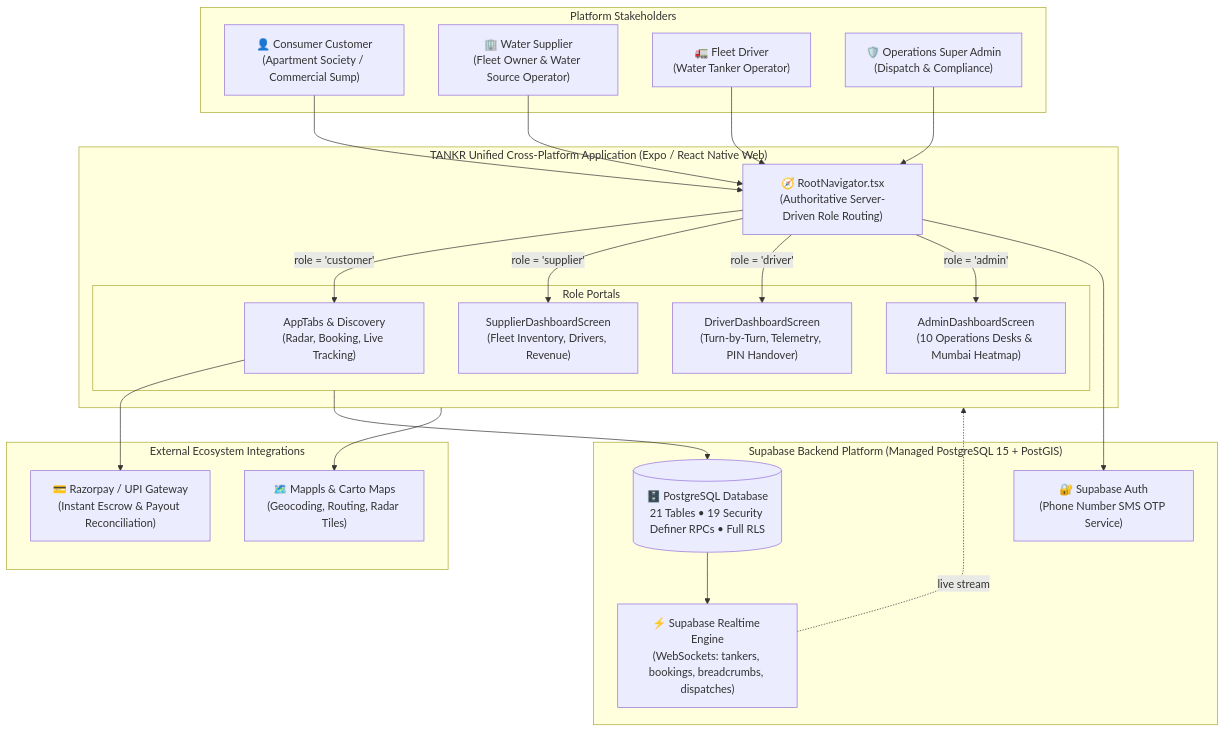
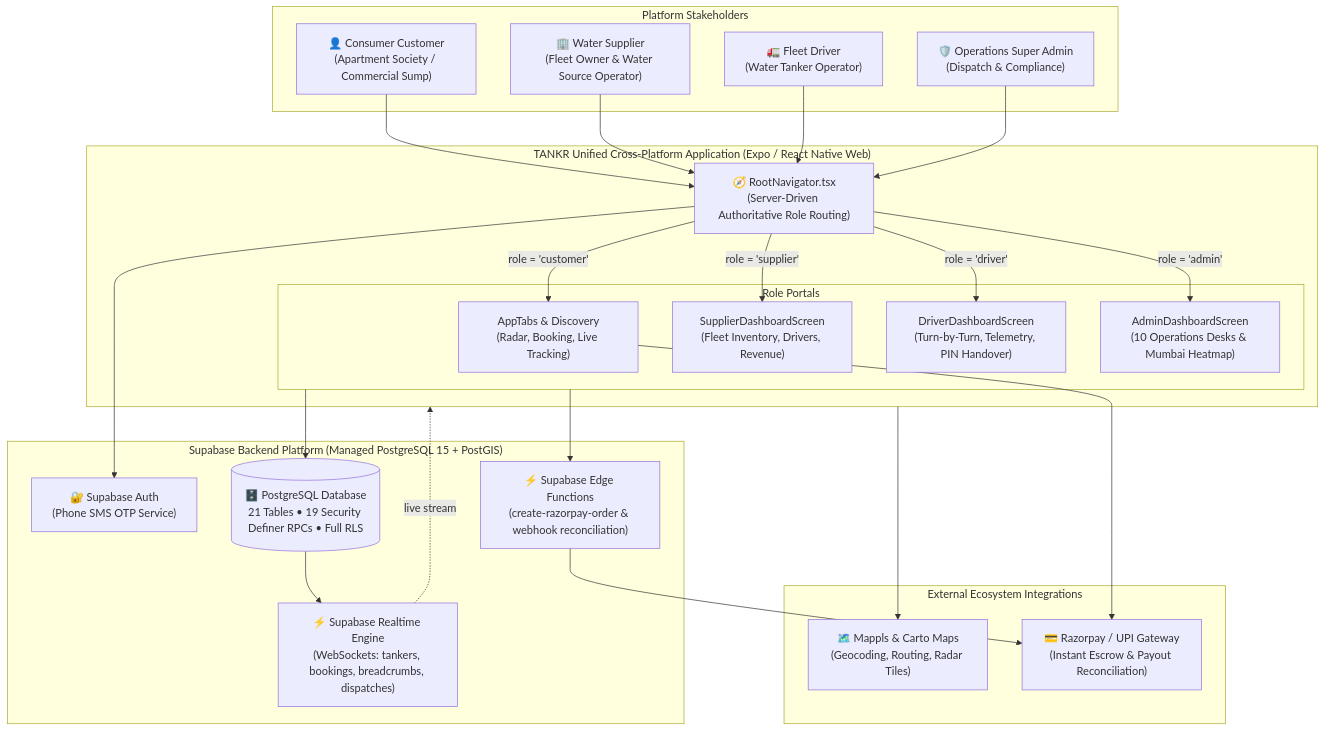
Before and after one commit to Coderaryanyadav/Tankr: the first of 5 diagrams in README.md, drawn with Mermaid. The commit also changed other lines of this file, not shown here.

Commit message:
docs: enrich README with complete 33-screen gallery and 5 technical architecture diagrams

````diff
--- a/README.md
+++ b/README.md
@@ -92,49 +108,52 @@
 ```mermaid
 graph TB
     subgraph Users["Platform Stakeholders"]
         Customer["👤 Consumer Customer<br>(Apartment Society / Commercial Sump)"]
         Supplier["🏢 Water Supplier<br>(Fleet Owner & Water Source Operator)"]
         Driver["🚛 Fleet Driver<br>(Water Tanker Operator)"]
         Admin["🛡️ Operations Super Admin<br>(Dispatch & Compliance)"]
     end
 
     subgraph Client["TANKR Unified Cross-Platform Application (Expo / React Native Web)"]
-        Nav["🧭 RootNavigator.tsx<br>(Authoritative Server-Driven Role Routing)"]
+        Nav["🧭 RootNavigator.tsx<br>(Server-Driven Authoritative Role Routing)"]
         
         subgraph Portals["Role Portals"]
             CustomerApp["AppTabs & Discovery<br>(Radar, Booking, Live Tracking)"]
             SupplierPortal["SupplierDashboardScreen<br>(Fleet Inventory, Drivers, Revenue)"]
             DriverPortal["DriverDashboardScreen<br>(Turn-by-Turn, Telemetry, PIN Handover)"]
             AdminPortal["AdminDashboardScreen<br>(10 Operations Desks & Mumbai Heatmap)"]
         end
     end
 
     subgraph Backend["Supabase Backend Platform (Managed PostgreSQL 15 + PostGIS)"]
-        AuthService["🔐 Supabase Auth<br>(Phone Number SMS OTP Service)"]
+        AuthService["🔐 Supabase Auth<br>(Phone SMS OTP Service)"]
         PostgresDB[("🗄️ PostgreSQL Database<br>21 Tables • 19 Security Definer RPCs • Full RLS")]
         RealtimePub["⚡ Supabase Realtime Engine<br>(WebSockets: tankers, bookings, breadcrumbs, dispatches)"]
+        EdgeFunc["⚡ Supabase Edge Functions<br>(create-razorpay-order & webhook reconciliation)"]
     end
 
     subgraph External["External Ecosystem Integrations"]
         MapsAPI["🗺️ Mappls & Carto Maps<br>(Geocoding, Routing, Radar Tiles)"]
         PaymentGW["💳 Razorpay / UPI Gateway<br>(Instant Escrow & Payout Reconciliation)"]
     end
 
     Customer --> Nav
     Supplier --> Nav
     Driver --> Nav
     Admin --> Nav
 
     Nav -->|role = 'customer'| CustomerApp
     Nav -->|role = 'supplier'| SupplierPortal
     Nav -->|role = 'driver'| DriverPortal
     Nav -->|role = 'admin'| AdminPortal
 
     Nav --> AuthService
     Portals --> PostgresDB
+    Portals --> EdgeFunc
+    EdgeFunc --> PaymentGW
     PostgresDB --> RealtimePub
     RealtimePub -.->|live stream| Client
 
     CustomerApp --> PaymentGW
     Client --> MapsAPI
 ```
````
